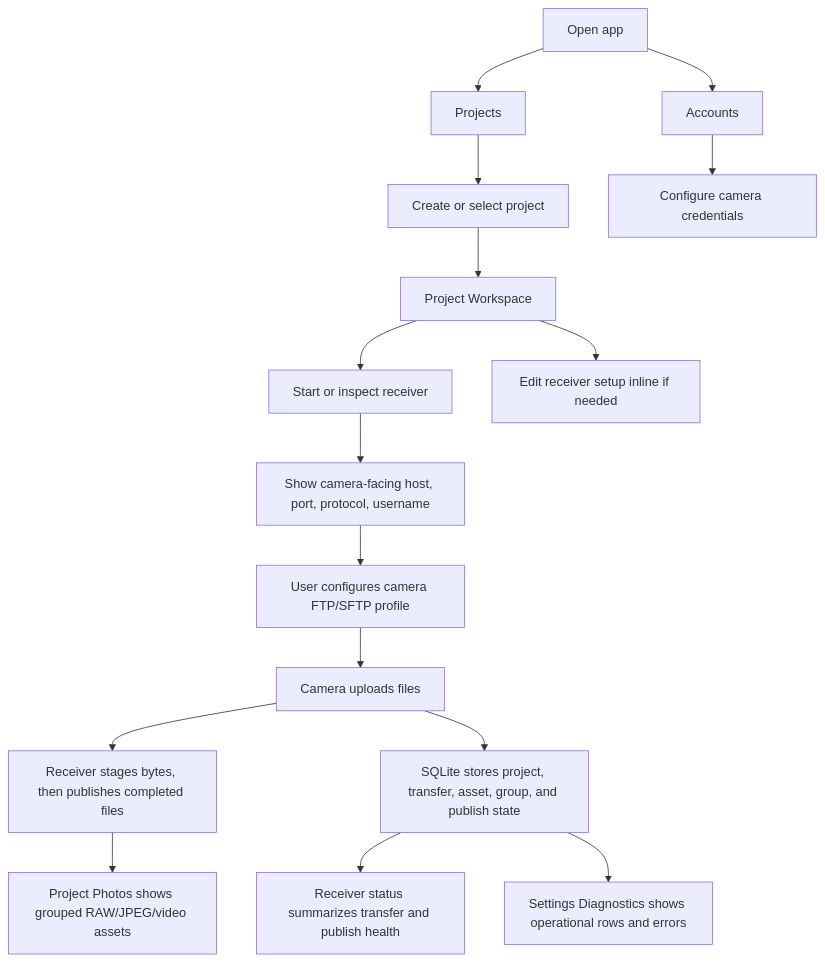
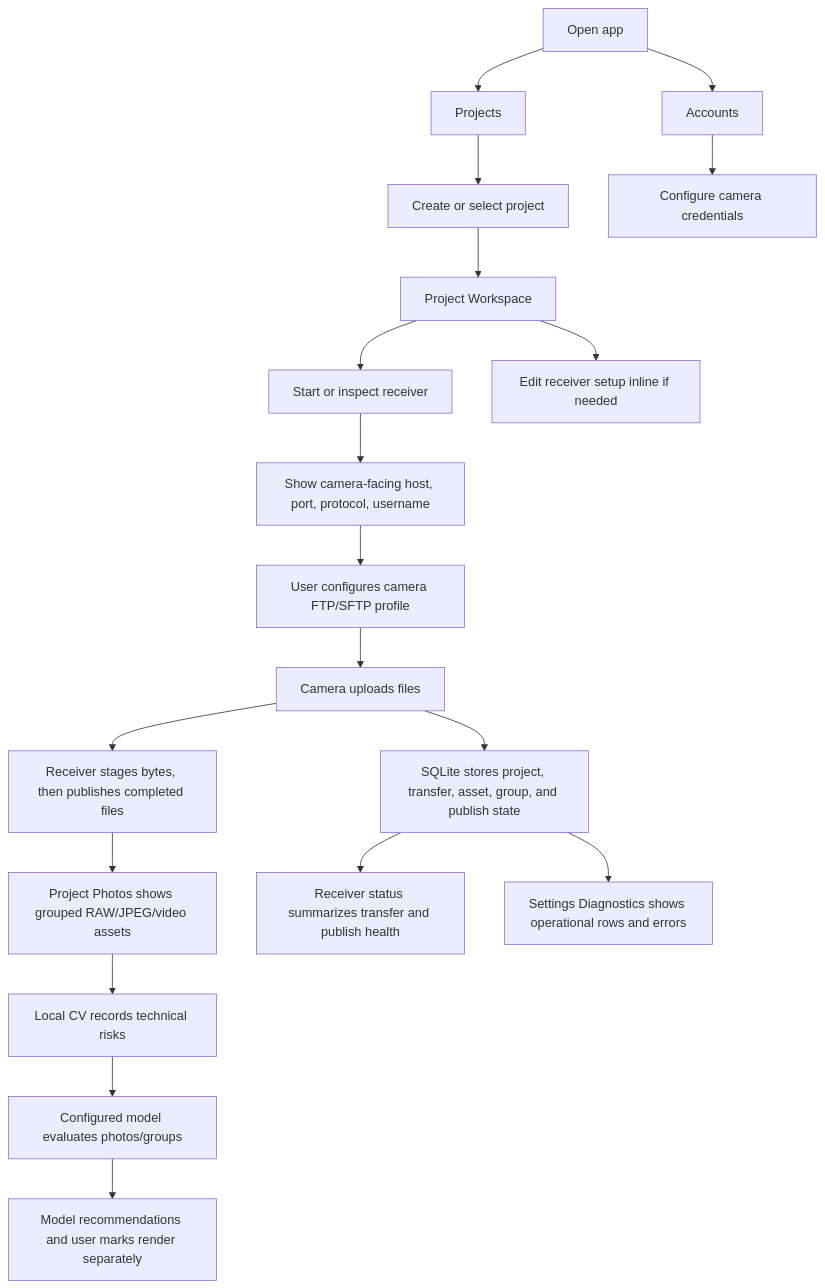
The diagram in docs/product/prototype-spec.md (CrazyNB/camera_connector), drawn with Mermaid before and after one commit. The commit also changed other lines of this file and 104 other files, not shown here.

````diff
--- a/docs/product/prototype-spec.md
+++ b/docs/product/prototype-spec.md
@@ -42,18 +42,21 @@
 ```mermaid
 flowchart TD
   A["Open app"] --> B["Projects"]
   B --> C["Create or select project"]
   C --> D["Project Workspace"]
   D --> E["Start or inspect receiver"]
   D --> F["Edit receiver setup inline if needed"]
   A --> G["Accounts"]
   G --> H["Configure camera credentials"]
   E --> I["Show camera-facing host, port, protocol, username"]
   I --> J["User configures camera FTP/SFTP profile"]
   J --> K["Camera uploads files"]
   K --> L["Receiver stages bytes, then publishes completed files"]
   K --> M["SQLite stores project, transfer, asset, group, and publish state"]
   L --> N["Project Photos shows grouped RAW/JPEG/video assets"]
+  N --> Q["Local CV records technical risks"]
+  Q --> R["Configured model evaluates photos/groups"]
+  R --> S["Model recommendations and user marks render separately"]
   M --> O["Receiver status summarizes transfer and publish health"]
   M --> P["Settings Diagnostics shows operational rows and errors"]
 ```
````
